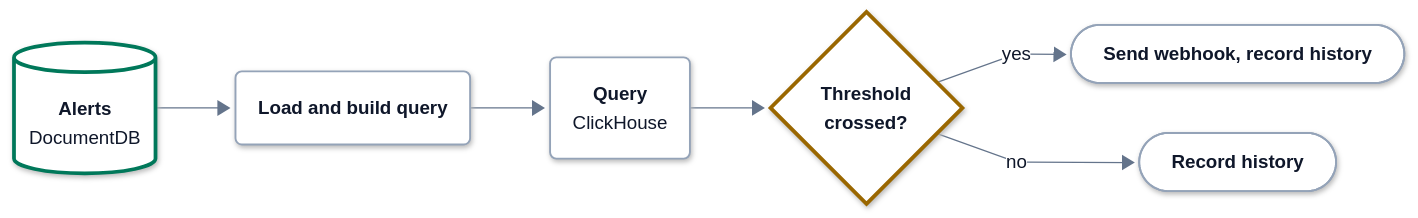
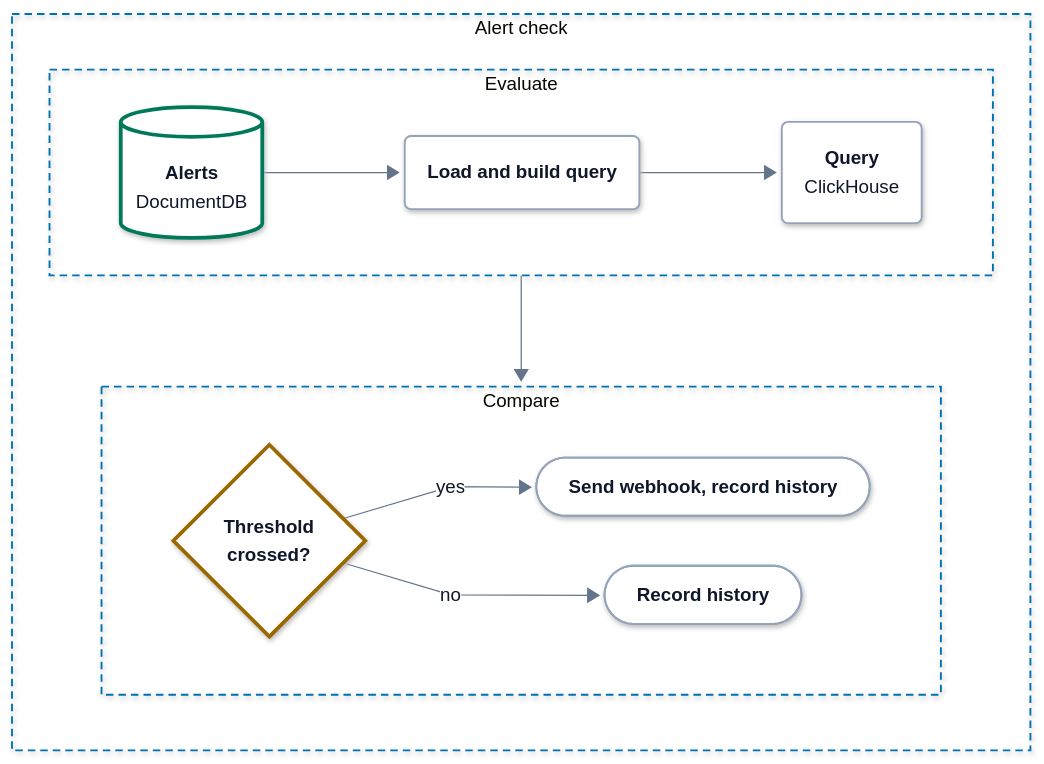
The third of 3 diagrams in docs/architecture/data-flow.md (hyperi-io/dfe-hyperdx), drawn with Mermaid before and after one commit. The commit also changed other lines of this file and 15 other files, not shown here.

First line of the commit message:
docs(architecture): add the architecture page and fit every flowchart (#234)

````diff
--- a/docs/architecture/data-flow.md
+++ b/docs/architecture/data-flow.md
@@ -229,20 +243,31 @@
     .ui .label-icon{color:#D9480F}
     .ext .label-icon{color:#64748B}
 ---
-flowchart LR
+flowchart TB
   accTitle: L4 Detail -- Upstream alert evaluation
   accDescr: The alert checker loads active alerts from DocumentDB, builds each one's query, runs it on ClickHouse and compares the result with the threshold. A triggered alert sends a webhook and records history, and an alert within its threshold records history alone.
-  alerts[("<b>Alerts</b><br/><span>DocumentDB</span>")]
-  build("<b>Load and build query</b>")
-  query("<b>Query</b><br/><span>ClickHouse</span>")
-  check{"<b>Threshold<br/>crossed?</b>"}
-  fire(["<b>Send webhook, record history</b>"])
-  record(["<b>Record history</b>"])
-  alerts --> build
-  build --> query
-  query --> check
-  check -->|yes| fire
-  check -->|no| record
+  subgraph cycle["Alert check"]
+    direction TB
+    subgraph ev["Evaluate"]
+      direction LR
+      alerts[("<b>Alerts</b><br/><span>DocumentDB</span>")]
+      build("<b>Load and build query</b>")
+      query("<b>Query</b><br/><span>ClickHouse</span>")
+      alerts --> build --> query
+    end
+    subgraph res["Compare"]
+      direction LR
+      check{"<b>Threshold<br/>crossed?</b>"}
+      fire(["<b>Send webhook, record history</b>"])
+      record(["<b>Record history</b>"])
+      check -->|yes| fire
+      check -->|no| record
+    end
+    ev --> res
+  end
+  class alerts store
+  class build,query,fire,record part
+  class check decision
   classDef ext fill:#F4F6F8,stroke:#94A3B8,stroke-width:1.5px,stroke-dasharray:5 4,color:#0F172A
   classDef ingest fill:#FFFFFF,stroke:#0E8A7D,stroke-width:3px,color:#0F172A
   classDef xform fill:#FFFFFF,stroke:#7B4FB0,stroke-width:3px,color:#0F172A
@@ -254,7 +279,7 @@
   classDef error fill:#FFFFFF,stroke:#C2410C,stroke-width:3px,color:#0F172A
   classDef control fill:#FFFFFF,stroke:#334155,stroke-width:3px,color:#0F172A
   classDef part fill:#FFFFFF,stroke:#94A3B8,stroke-width:1.5px,color:#0F172A
-  class alerts store
-  class build,query,fire,record part
-  class check decision
+  style cycle fill:none,stroke:#0072B2,stroke-width:1.5px,stroke-dasharray:6 4
+  style ev fill:none,stroke:#0072B2,stroke-width:1.5px,stroke-dasharray:6 4
+  style res fill:none,stroke:#0072B2,stroke-width:1.5px,stroke-dasharray:6 4
 ```
````
